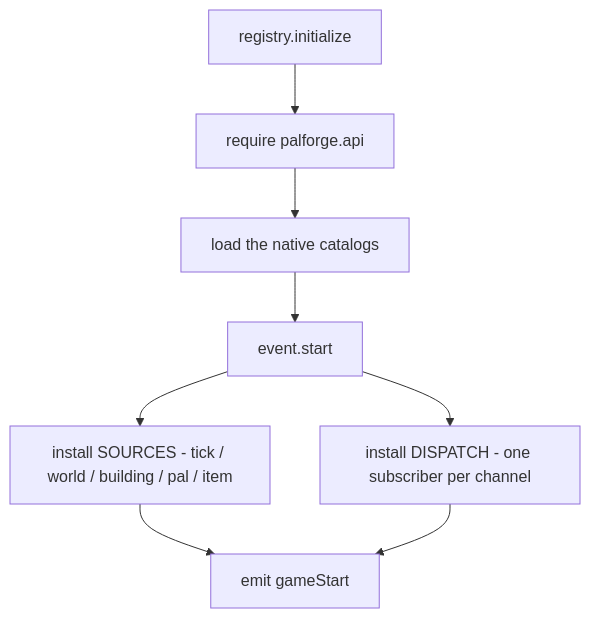
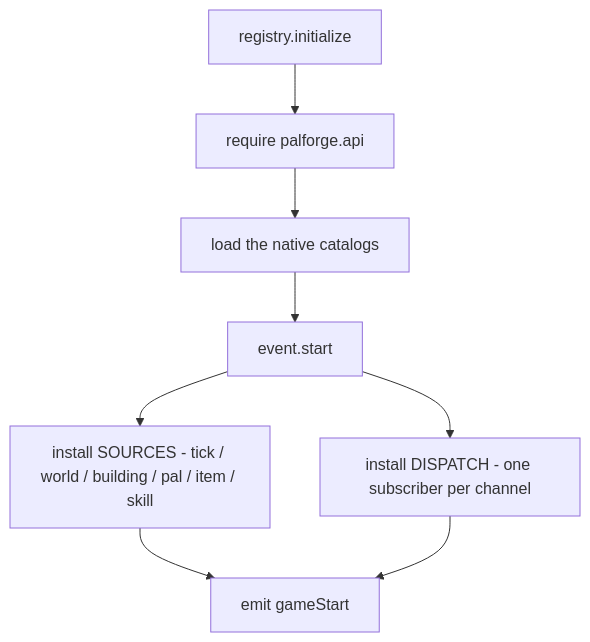
The second of 8 diagrams in docs/content/docs/concepts/lifecycle.ja.mdx (dr-mikan/PalForge), drawn with Mermaid before and after one commit. The commit also changed other lines of this file and 190 other files, not shown here.

````diff
--- a/docs/content/docs/concepts/lifecycle.ja.mdx
+++ b/docs/content/docs/concepts/lifecycle.ja.mdx
@@ -81,10 +83,10 @@
 ```mermaid
 flowchart TD
     A["registry.initialize"] --> B["require palforge.api"]
     B --> C["load the native catalogs"]
     C --> D["event.start"]
-    D --> E["install SOURCES - tick / world / building / pal / item"]
+    D --> E["install SOURCES - tick / world / building / pal / item / skill"]
     D --> F["install DISPATCH - one subscriber per channel"]
     E --> G["emit gameStart"]
     F --> G
 ```
````
